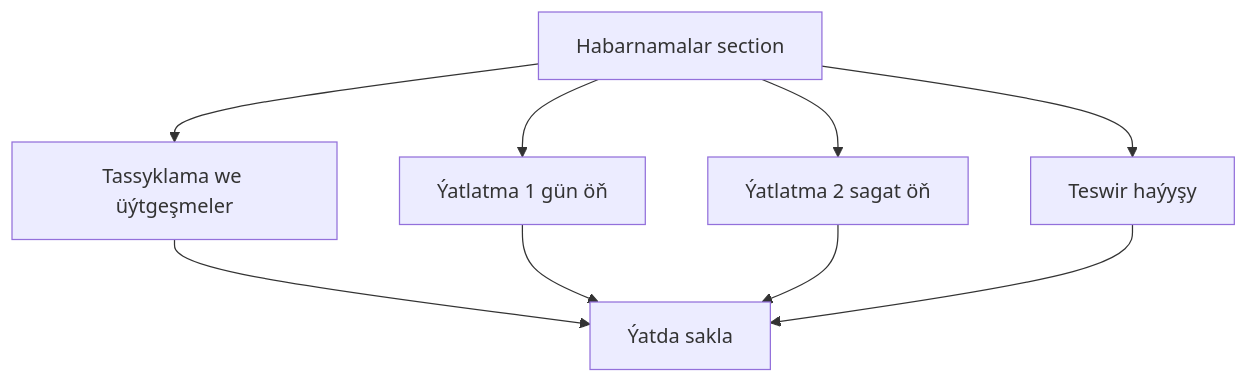
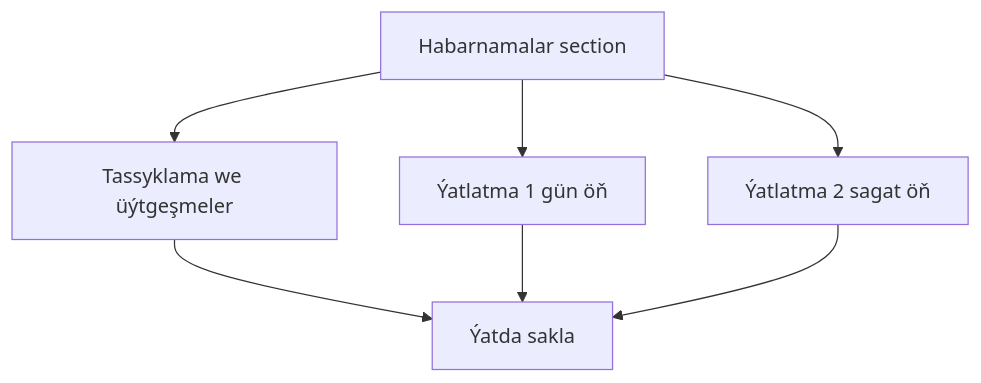
Before and after one commit to azamatos/yeral: diagram 46 of 50 in docs/product/07a-flows-client.md, drawn with Mermaid. The commit also changed other lines of this file and 21 other files, not shown here.

````diff
--- a/docs/product/07a-flows-client.md
+++ b/docs/product/07a-flows-client.md
@@ -1638,11 +1707,9 @@
 ```mermaid
 flowchart TD
   A["Habarnamalar section"] --> B["Tassyklama we üýtgeşmeler"]
   A --> C["Ýatlatma 1 gün öň"]
   A --> D["Ýatlatma 2 sagat öň"]
-  A --> E["Teswir haýyşy"]
   B --> F["Ýatda sakla"]
   C --> F
   D --> F
-  E --> F
 ```
````
